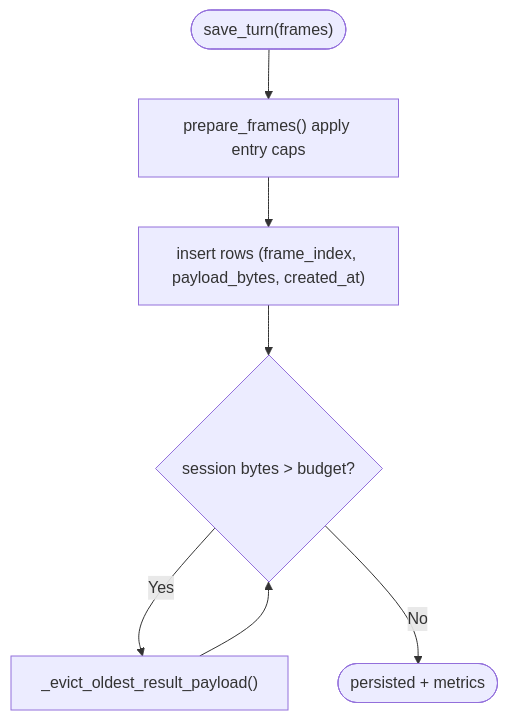
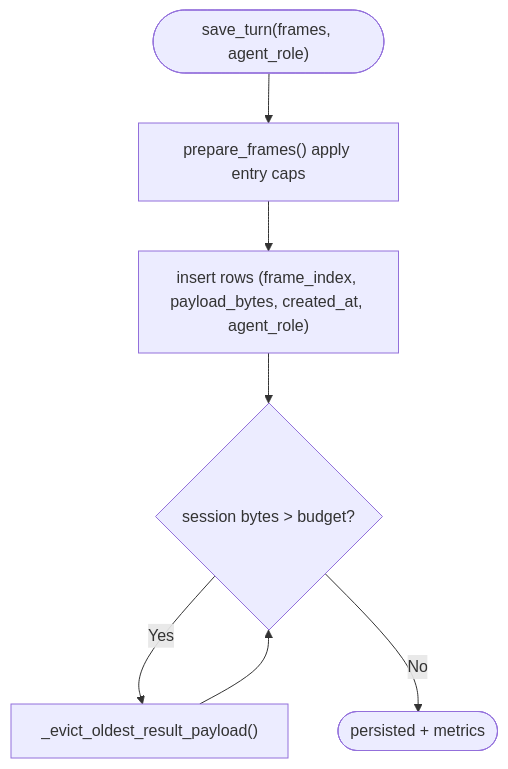
Before and after one commit to metasync/luban-aiops: the third of 12 diagrams in .qoder/repowiki/en/content/Core Services/Agent Platform/Evidence Storage and Audit Trail.md, drawn with Mermaid. The commit also changed other lines of this file and 219 other files, not shown here.

````diff
--- a/.qoder/repowiki/en/content/Core Services/Agent Platform/Evidence Storage and Audit Trail.md
+++ b/.qoder/repowiki/en/content/Core Services/Agent Platform/Evidence Storage and Audit Trail.md
@@ -140,9 +164,9 @@
 ```mermaid
 flowchart TD
-Start(["save_turn(frames)"]) --> Prepare["prepare_frames() apply entry caps"]
-Prepare --> Insert["insert rows (frame_index, payload_bytes, created_at)"]
+Start(["save_turn(frames, agent_role)"]) --> Prepare["prepare_frames() apply entry caps"]
+Prepare --> Insert["insert rows (frame_index, payload_bytes, created_at, agent_role)"]
 Insert --> Budget{"session bytes > budget?"}
 Budget -- Yes --> Evict["_evict_oldest_result_payload()"]
 Evict --> Budget
 Budget -- No --> Done(["persisted + metrics"])
 ```
````
